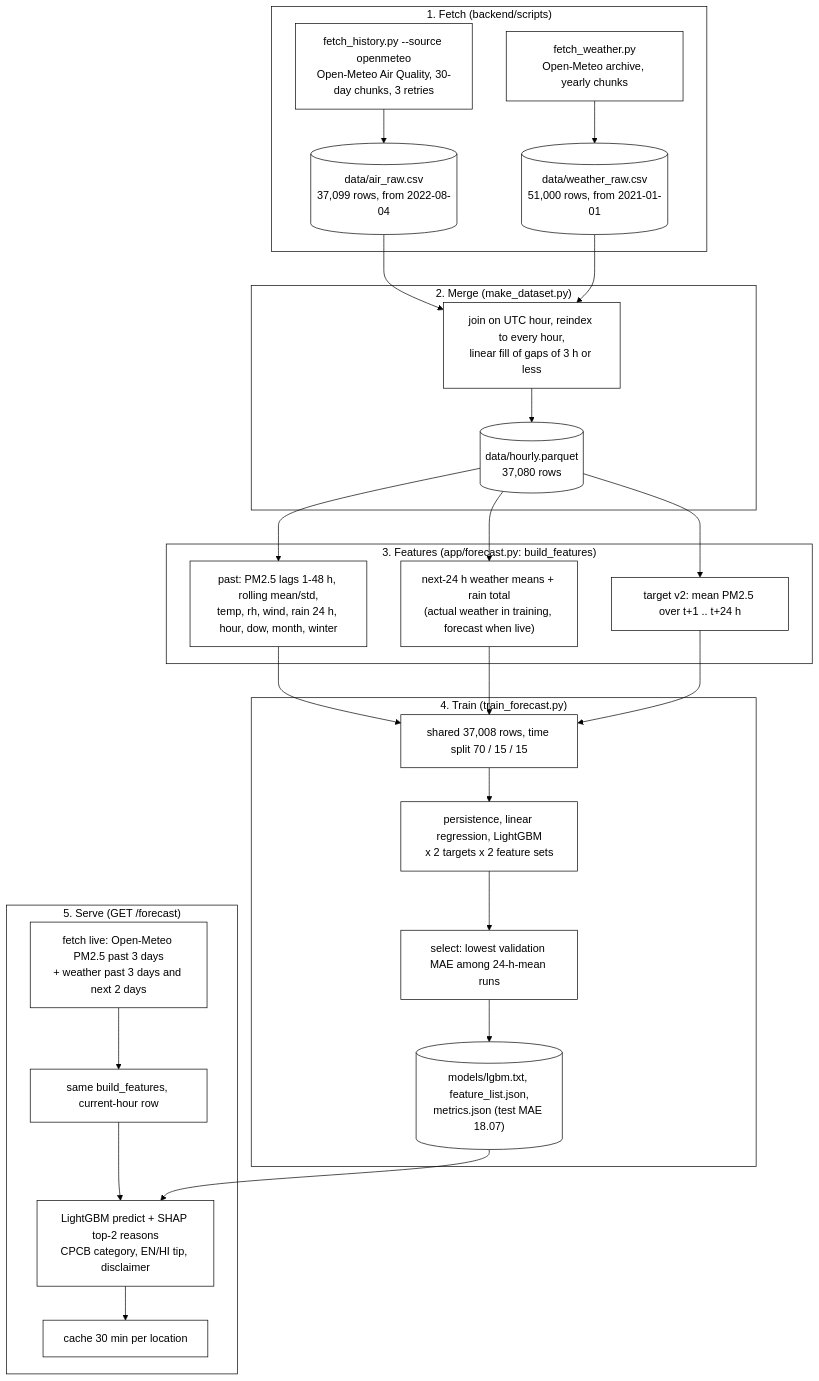
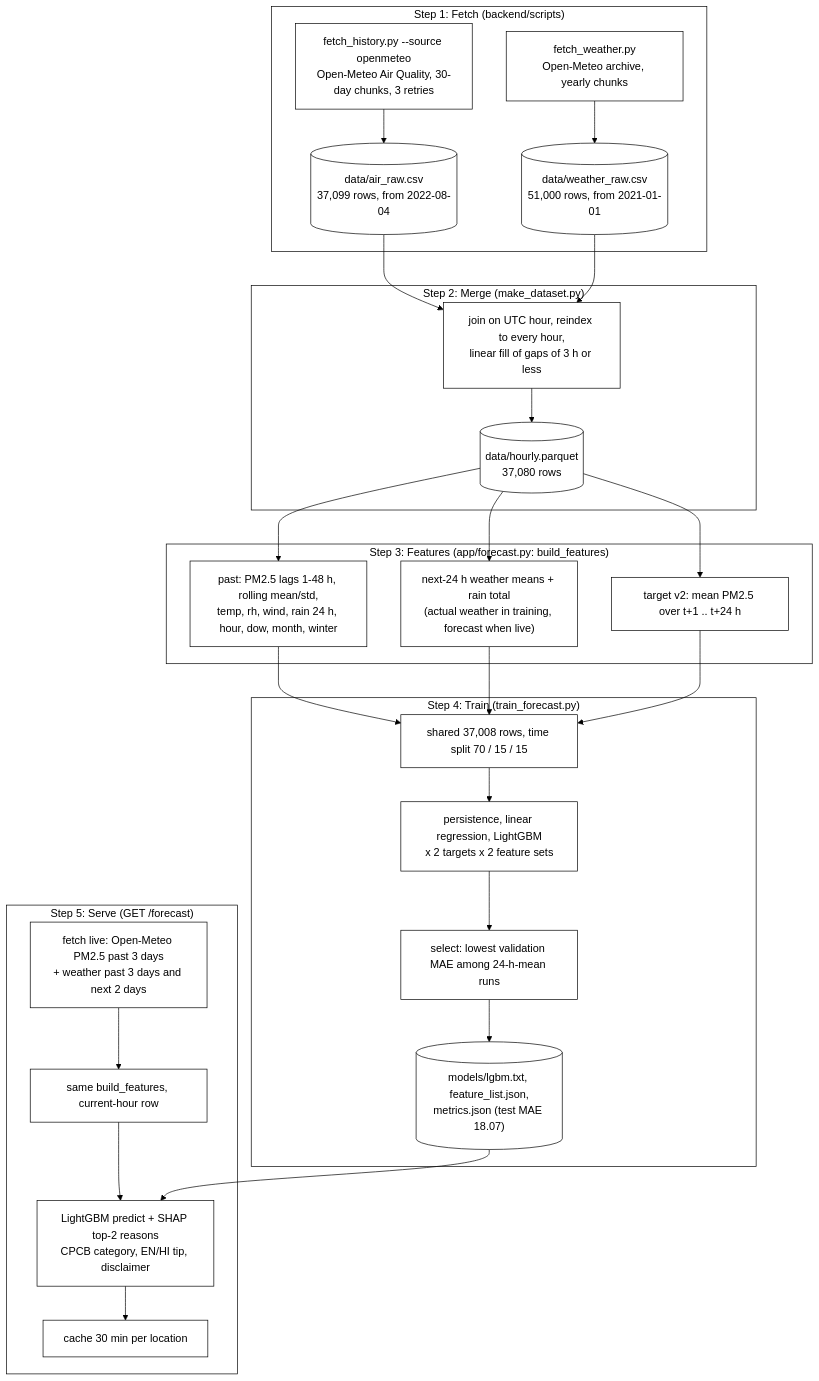
The diagram in docs/report_pack/diagrams/02_data_pipeline.mmd (ArslanML-Dev/biomantra), drawn with Mermaid before and after one commit. The commit also changed 3 other files, not shown here.

Commit message:
docs: fix Mermaid labels; report PDF built from the pack

```diff
--- a/docs/report_pack/diagrams/02_data_pipeline.mmd
+++ b/docs/report_pack/diagrams/02_data_pipeline.mmd
@@ -1,43 +1,43 @@
 %%{init: {"theme": "base", "themeVariables": {"background": "#ffffff", "primaryColor": "#ffffff", "primaryTextColor": "#000000", "primaryBorderColor": "#000000", "secondaryColor": "#ffffff", "tertiaryColor": "#ffffff", "lineColor": "#000000", "textColor": "#000000", "mainBkg": "#ffffff", "clusterBkg": "#ffffff", "clusterBorder": "#000000", "edgeLabelBackground": "#ffffff"}}}%%
 flowchart TB
-    subgraph Fetch["1. Fetch (backend/scripts)"]
+    subgraph Fetch["Step 1: Fetch (backend/scripts)"]
         F1["fetch_history.py --source openmeteo<br/>Open-Meteo Air Quality, 30-day chunks, 3 retries"]
         F2["fetch_weather.py<br/>Open-Meteo archive, yearly chunks"]
         R1[("data/air_raw.csv<br/>37,099 rows, from 2022-08-04")]
         R2[("data/weather_raw.csv<br/>51,000 rows, from 2021-01-01")]
         F1 --> R1
         F2 --> R2
     end
-    subgraph Merge["2. Merge (make_dataset.py)"]
+    subgraph Merge["Step 2: Merge (make_dataset.py)"]
         M1["join on UTC hour, reindex to every hour,<br/>linear fill of gaps of 3 h or less"]
         M2[("data/hourly.parquet<br/>37,080 rows")]
         M1 --> M2
     end
-    subgraph Features["3. Features (app/forecast.py: build_features)"]
+    subgraph Features["Step 3: Features (app/forecast.py: build_features)"]
         B1["past: PM2.5 lags 1-48 h, rolling mean/std,<br/>temp, rh, wind, rain 24 h, hour, dow, month, winter"]
         B2["next-24 h weather means + rain total<br/>(actual weather in training, forecast when live)"]
         B3["target v2: mean PM2.5 over t+1 .. t+24 h"]
     end
-    subgraph Train["4. Train (train_forecast.py)"]
+    subgraph Train["Step 4: Train (train_forecast.py)"]
         T1["shared 37,008 rows, time split 70 / 15 / 15"]
         T2["persistence, linear regression, LightGBM<br/>x 2 targets x 2 feature sets"]
         T3["select: lowest validation MAE among 24-h-mean runs"]
         T4[("models/lgbm.txt, feature_list.json,<br/>metrics.json (test MAE 18.07)")]
         T1 --> T2 --> T3 --> T4
     end
-    subgraph Serve["5. Serve (GET /forecast)"]
+    subgraph Serve["Step 5: Serve (GET /forecast)"]
         S1["fetch live: Open-Meteo PM2.5 past 3 days<br/>+ weather past 3 days and next 2 days"]
         S2["same build_features, current-hour row"]
         S3["LightGBM predict + SHAP top-2 reasons<br/>CPCB category, EN/HI tip, disclaimer"]
         S4["cache 30 min per location"]
         S1 --> S2 --> S3 --> S4
     end
     R1 --> M1
     R2 --> M1
     M2 --> B1
     M2 --> B2
     M2 --> B3
     B1 --> T1
     B2 --> T1
     B3 --> T1
     T4 --> S3
```
